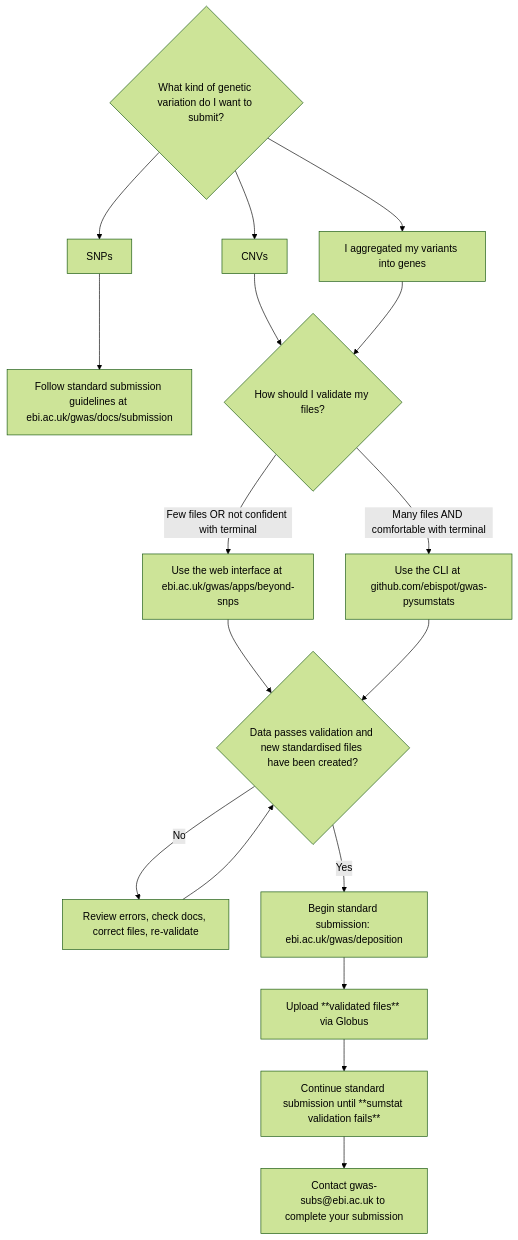
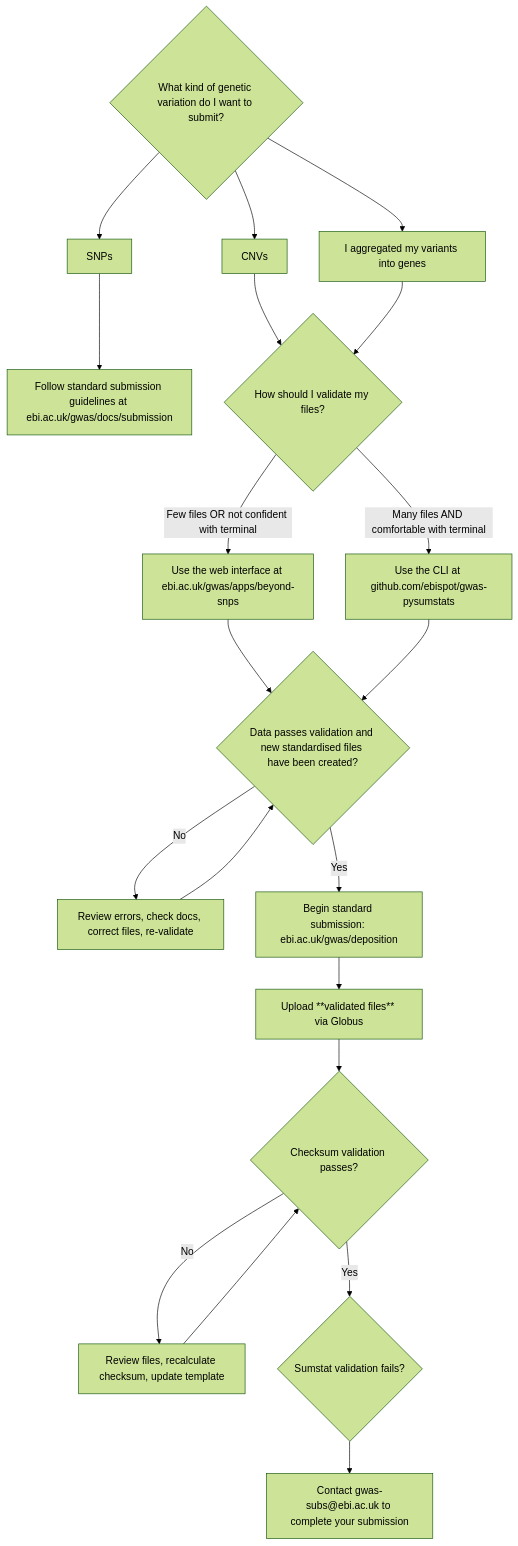
Before and after one commit to EBISPOT/gwas-beyond-snps: the diagram in docs/docs/how-to-submit.md, drawn with Mermaid (forest theme). The commit also changed other lines of this file and 8 other files, not shown here.

````diff
--- a/docs/docs/how-to-submit.md
+++ b/docs/docs/how-to-submit.md
@@ -7,48 +17,55 @@
 ```mermaid
 flowchart TD
 
     A{What kind of genetic variation do I want to submit?}
     B[SNPs]
     C[CNVs]
     D[I aggregated my variants into genes]
 
     A --> B
     A --> C
     A --> D
 
     Z[Follow standard submission guidelines at ebi.ac.uk/gwas/docs/submission]
     B --> Z
 
     X{How should I validate my files?}
 
     H[Use the web interface at ebi.ac.uk/gwas/apps/beyond-snps]
     I[Use the CLI at github.com/ebispot/gwas-pysumstats]
 
     C --> X
     D --> X
 
     X -->|Few files OR not confident with terminal| H
     X -->|Many files AND comfortable with terminal| I
 
     J{Data passes validation and new standardised files have been created?}
 
     H --> J
     I --> J
 
     K[Review errors, check docs, correct files, re-validate]
 
     J -->|No| K
     K --> J
 
     L[Begin standard submission: ebi.ac.uk/gwas/deposition]
     J -->|Yes| L
 
     M[Upload **validated files** via Globus]
     L --> M
 
-    N[Continue standard submission until **sumstat validation fails**]
+    N{Checksum validation passes?}
     M --> N
+    N -->|No| Q
 
-    O[Contact gwas-subs@ebi.ac.uk to complete your submission]
-    N --> O
+    Q[Review files, recalculate checksum, update template]
+    Q --> N
+
+    O{Sumstat validation fails?}
+    N -->|Yes| O
+
+    P[Contact gwas-subs@ebi.ac.uk to complete your submission]
+    O --> P
 ```
````
